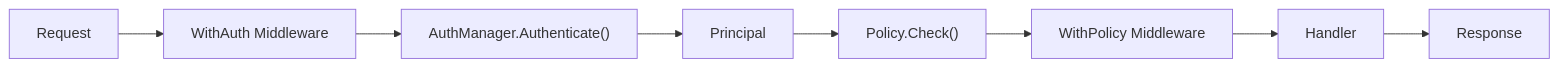
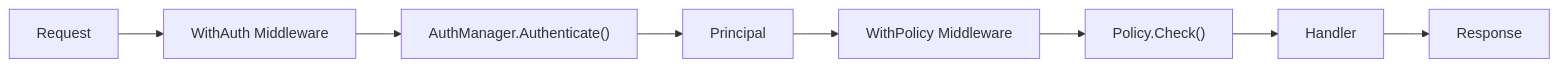
The diagram in README.md (v2Kamikaze/b16), drawn with Mermaid before and after one commit.

````diff
--- a/README.md
+++ b/README.md
@@ -48,22 +48,22 @@
 ```mermaid
 flowchart LR
     Req["Request"]
     Res["Response"]
 
     WithAuth["WithAuth Middleware"]
     AuthManager["AuthManager.Authenticate()"]
     Principal["Principal"]
 
     WithPolicy["WithPolicy Middleware"]
     Policy["Policy.Check()"]
     Handler["Handler"]
 
     Req --> WithAuth
     WithAuth --> AuthManager
     AuthManager --> Principal
 
-    Principal --> Policy
-    Policy --> WithPolicy
-    WithPolicy --> Handler
+    Principal --> WithPolicy
+    WithPolicy --> Policy
+    Policy --> Handler
     Handler --> Res
 ```
````
